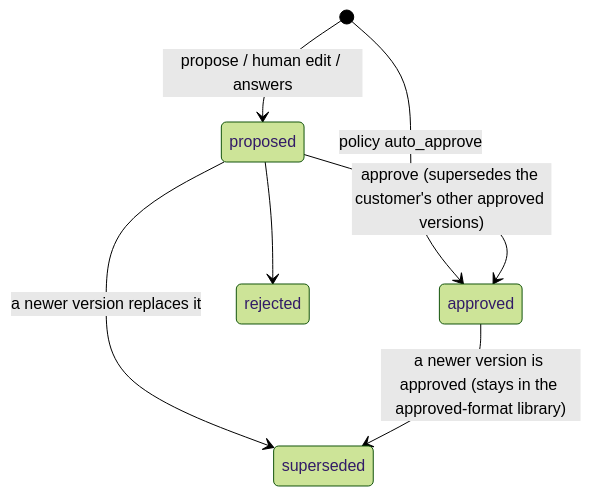
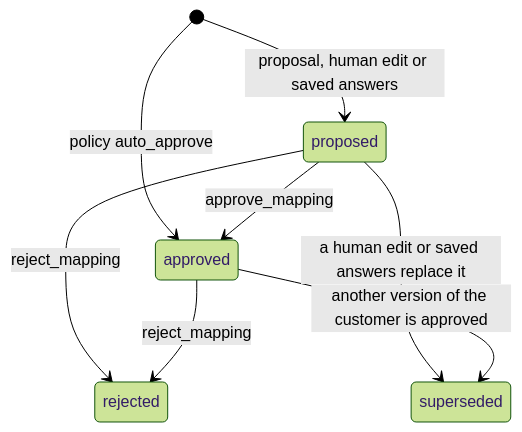
One commit to BeatChalongrat/Forma changed the ninth of 12 diagrams in docs/SYSTEM_FLOWS.md. Above: the diagram before and after it, drawn with Mermaid (forest theme). The commit also changed other lines of this file and 34 other files, not shown here.

````diff
--- a/docs/SYSTEM_FLOWS.md
+++ b/docs/SYSTEM_FLOWS.md
@@ -268,9 +278,10 @@
 ```mermaid
 stateDiagram-v2
-  [*] --> proposed: propose / human edit / answers
+  [*] --> proposed: proposal, human edit or saved answers
   [*] --> approved: policy auto_approve
-  proposed --> approved: approve (supersedes the customer's other approved versions)
-  proposed --> rejected
-  proposed --> superseded: a newer version replaces it
-  approved --> superseded: a newer version is approved (stays in the approved-format library)
+  proposed --> approved: approve_mapping
+  proposed --> rejected: reject_mapping
+  proposed --> superseded: a human edit or saved answers replace it
+  approved --> rejected: reject_mapping
+  approved --> superseded: another version of the customer is approved
 ```
````
